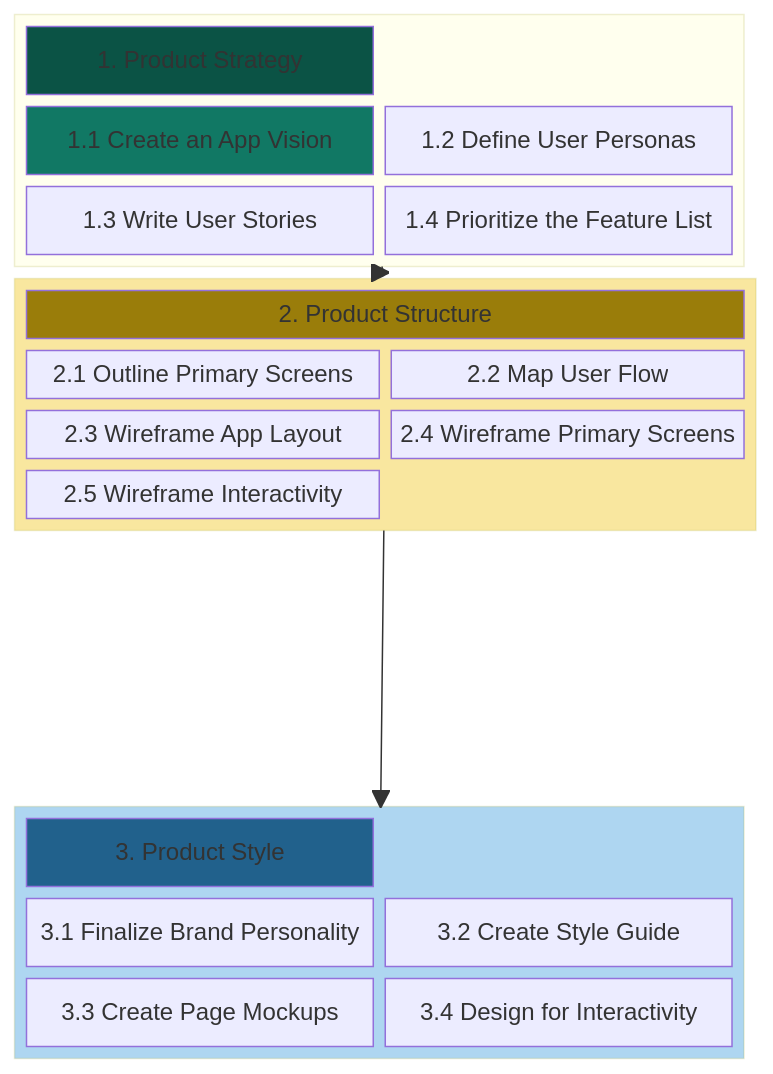
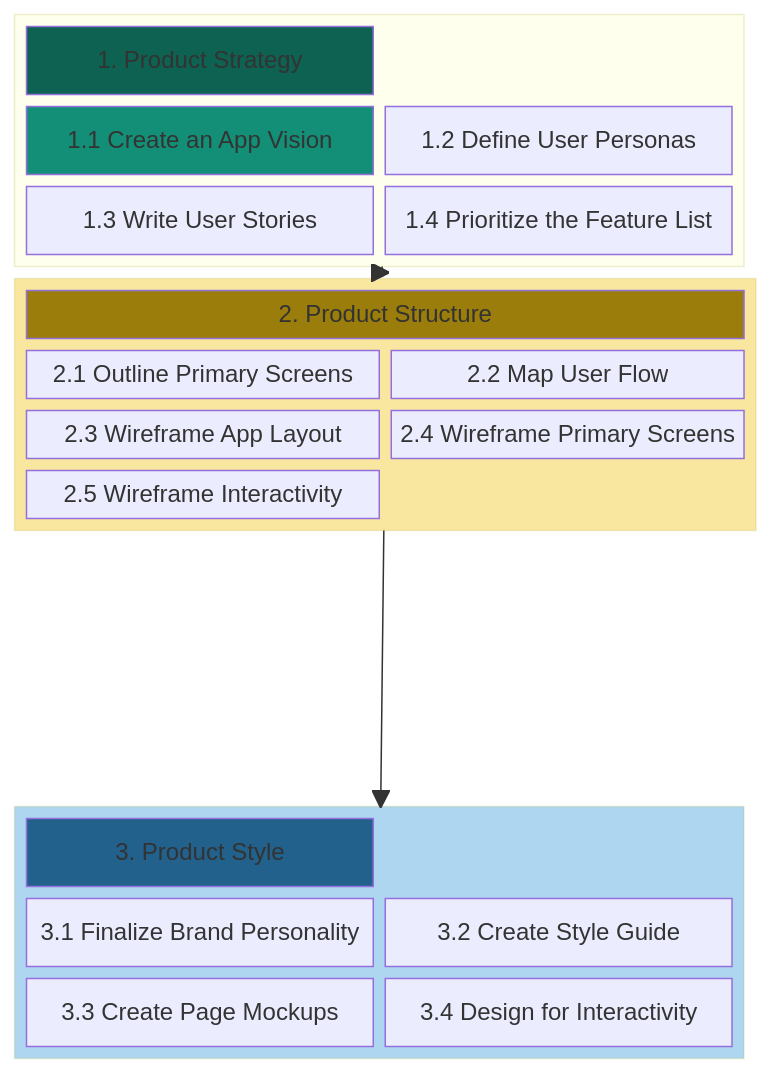
The diagram in docs/resources/techresources/uiux.md (chingu-voyages/Handbook), drawn with Mermaid before and after one commit.

Commit message:
Feature: Add UI/UX workflow process template

````diff
--- a/docs/resources/techresources/uiux.md
+++ b/docs/resources/techresources/uiux.md
@@ -15,38 +15,38 @@
 ```mermaid
 block-beta
 columns 1
   block:STRATEGY
     columns 2
     A["1. Product Strategy"]:2
     B["1.1 Create an App Vision"]
     C["1.2 Define User Personas"]
     D["1.3 Write User Stories"]
     E["1.4 Prioritize the Feature List"]
   end
   block:STRUCTURE
     columns 2
     G["2. Product Structure"]:2
     H["2.1 Outline Primary Screens"]
     I["2.2 Map User Flow"]
     J["2.3 Wireframe App Layout"]
     K["2.4 Wireframe Primary Screens"]
     L["2.5 Wireframe Interactivity"]
   end
   STRATEGY --> STRUCTURE
   space
   block:STYLE
     columns 2
     M["3. Product Style"]:2
     N["3.1 Finalize Brand Personality"]
     O["3.2 Create Style Guide"]
     P["3.3 Create Page Mockups"]
     Q["3.4 Design for Interactivity"]
   end
   STRUCTURE --> STYLE
-  style A fill:#0b5345
-  style B fill:#117864
+  style A fill:#0e6251
+  style B fill:#148f77
   style G fill:#9a7d0a
   style M fill:#21618c
   style STRUCTURE fill:#f9e79f
   style STYLE fill:#aed6f1
 ```
````
